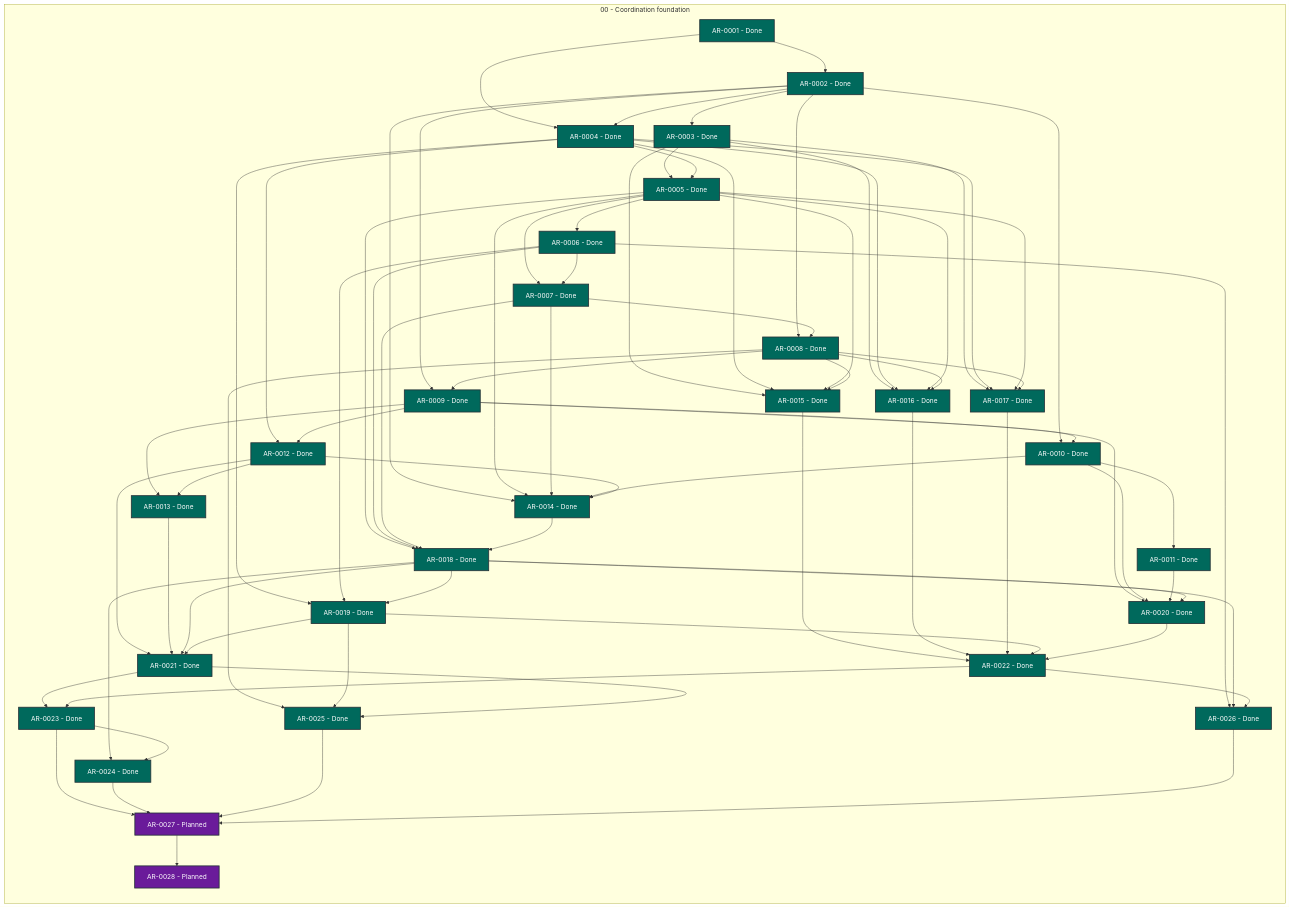
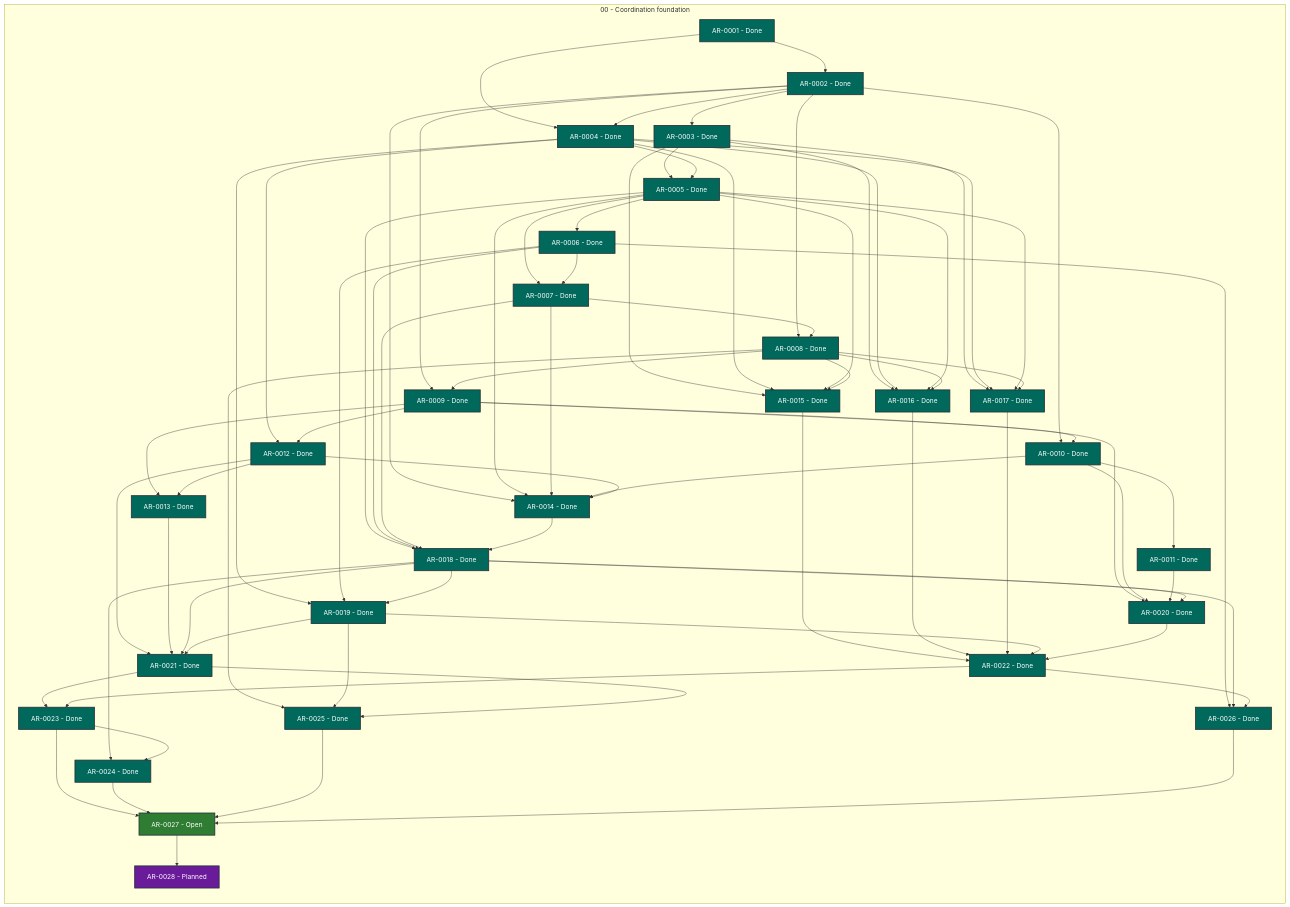
Before and after one commit to martin-beck/agent-workflow-runtime-state: the diagram in STATUS.md, drawn with Mermaid. The commit also changed other lines of this file and 2 other files, not shown here.

```diff
--- a/STATUS.md
+++ b/STATUS.md
@@ -54,7 +54,7 @@
         AR_0024["AR-0024 - Done"]:::status_done
         AR_0025["AR-0025 - Done"]:::status_done
         AR_0026["AR-0026 - Done"]:::status_done
-        AR_0027["AR-0027 - Planned"]:::status_planned
+        AR_0027["AR-0027 - Open"]:::status_open
         AR_0028["AR-0028 - Planned"]:::status_planned
     end
     AR_0001 --> AR_0002
```
